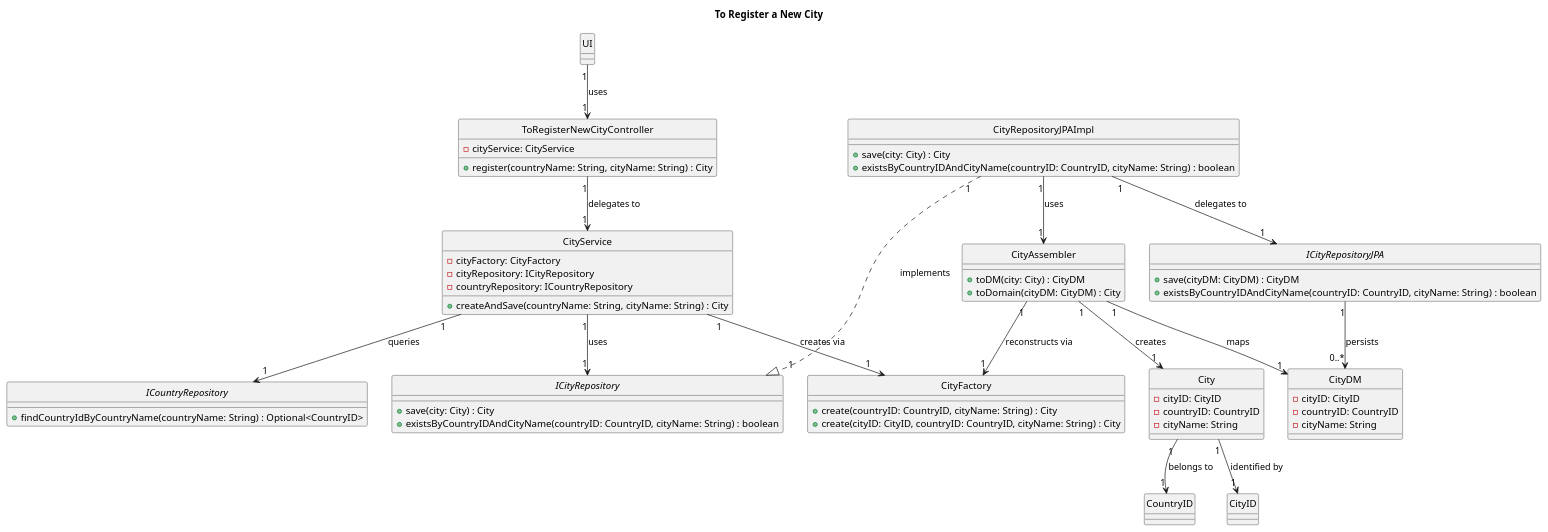
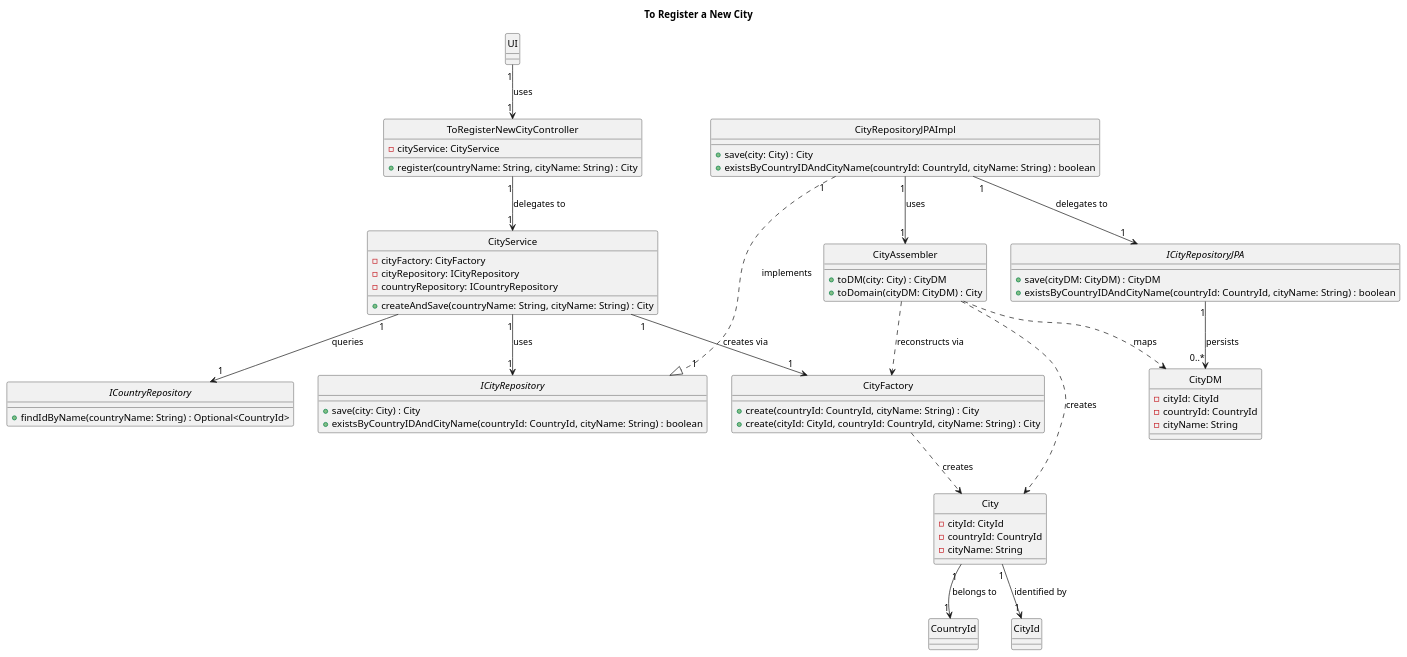
Before and after one commit to AndrePereiraGitH/SWitCH-Project-Team_A: the diagram in Diagrams/ClassDiagrams/To-register-new-city-in-the-system.puml, drawn with PlantUML. The commit also changed 21 other files, not shown here.

```diff
--- a/Diagrams/ClassDiagrams/To-register-new-city-in-the-system.puml
+++ b/Diagrams/ClassDiagrams/To-register-new-city-in-the-system.puml
@@ -1,88 +1,92 @@
 @startuml
 hide circle
 title To Register a New City
 
 class UI
 
 class ToRegisterNewCityController {
   -cityService: CityService
   +register(countryName: String, cityName: String) : City
 }
 
 class CityService {
   -cityFactory: CityFactory
   -cityRepository: ICityRepository
   -countryRepository: ICountryRepository
   +createAndSave(countryName: String, cityName: String) : City
 }
 
 class City {
-  -cityID: CityID
-  -countryID: CountryID
+  -cityId: CityId
+  -countryId: CountryId
   -cityName: String
 }
 
-class CountryID
-class CityID
+class CountryId
+class CityId
 
 class CityFactory {
-  +create(countryID: CountryID, cityName: String) : City
-  +create(cityID: CityID, countryID: CountryID, cityName: String) : City
+  +create(countryId: CountryId, cityName: String) : City
+  +create(cityId: CityId, countryId: CountryId, cityName: String) : City
 }
 
 interface ICityRepository {
   +save(city: City) : City
-  +existsByCountryIDAndCityName(countryID: CountryID, cityName: String) : boolean
+  +existsByCountryIDAndCityName(countryId: CountryId, cityName: String) : boolean
 }
 
 interface ICountryRepository {
-  +findCountryIdByCountryName(countryName: String) : Optional<CountryID>
+  +findIdByName(countryName: String) : Optional<CountryId>
 }
 
 class CityRepositoryJPAImpl {
   +save(city: City) : City
-  +existsByCountryIDAndCityName(countryID: CountryID, cityName: String) : boolean
+  +existsByCountryIDAndCityName(countryId: CountryId, cityName: String) : boolean
 }
 
 interface ICityRepositoryJPA {
   +save(cityDM: CityDM) : CityDM
-  +existsByCountryIDAndCityName(countryID: CountryID, cityName: String) : boolean
+  +existsByCountryIDAndCityName(countryId: CountryId, cityName: String) : boolean
 }
 
 class CityAssembler {
   +toDM(city: City) : CityDM
   +toDomain(cityDM: CityDM) : City
 }
 
 class CityDM {
-  -cityID: CityID
-  -countryID: CountryID
+  -cityId: CityId
+  -countryId: CountryId
   -cityName: String
 }
 
 ' =====================
 ' Relationships + Verbs
 ' =====================
 
 UI "1" --> "1" ToRegisterNewCityController : uses
 
 ToRegisterNewCityController "1" --> "1" CityService : delegates to
 
 CityService "1" --> "1" ICityRepository : uses
 CityService "1" --> "1" ICountryRepository : queries
 CityService "1" --> "1" CityFactory : creates via
 
 CityRepositoryJPAImpl "1" ..|> "1" ICityRepository : implements
 CityRepositoryJPAImpl "1" --> "1" ICityRepositoryJPA : delegates to
 CityRepositoryJPAImpl "1" --> "1" CityAssembler : uses
 
 ICityRepositoryJPA "1" --> "0..*" CityDM : persists
 
-CityAssembler "1" --> "1" CityFactory : reconstructs via
-CityAssembler "1" --> "1" City : creates
-CityAssembler "1" --> "1" CityDM : maps
+' Dependency relationships
+CityAssembler ..> CityFactory : reconstructs via
+CityAssembler ..> City : creates
+CityAssembler ..> CityDM : maps
 
-City "1" --> "1" CountryID : belongs to
-City "1" --> "1" CityID : identified by
+' Missing relationship
+CityFactory ..> City : creates
+
+City "1" --> "1" CountryId : belongs to
+City "1" --> "1" CityId : identified by
 
 @enduml
```
